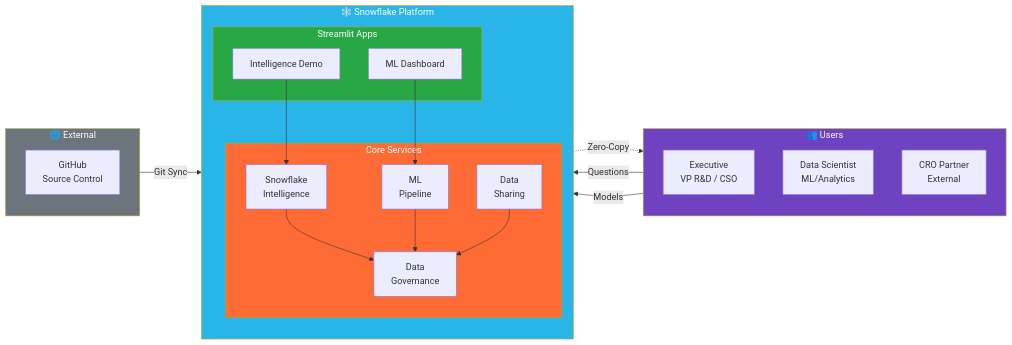
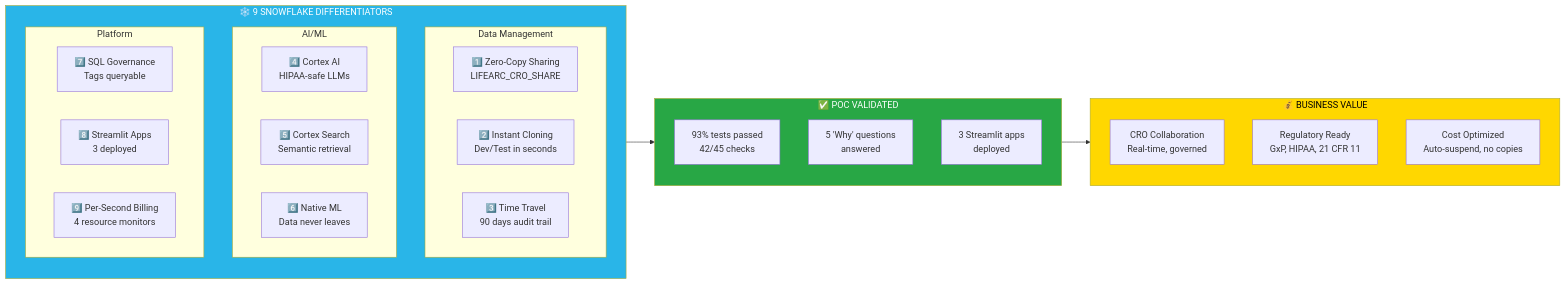
The tenth of 10 diagrams in ARCHITECTURE_DIAGRAMS.md (sfc-gh-zzahid/lifearc-poc), drawn with Mermaid before and after one commit. The commit also changed other lines of this file, not shown here.

First line of the commit message:
Improve architecture diagrams for accuracy and storytelling

````diff
--- a/ARCHITECTURE_DIAGRAMS.md
+++ b/ARCHITECTURE_DIAGRAMS.md
@@ -576,48 +535,42 @@
 ```mermaid
 flowchart LR
-    subgraph External["🌐 External"]
+    subgraph Differentiators["❄️ 9 SNOWFLAKE DIFFERENTIATORS"]
         direction TB
-        GITHUB["GitHub\nSource Control"]
-    end
-
-    subgraph Users["👥 Users"]
-        direction TB
-        EXEC["Executive\nVP R&D / CSO"]
-        DS["Data Scientist\nML/Analytics"]
-        CRO["CRO Partner\nExternal"]
-    end
-
-    subgraph Platform["❄️ Snowflake Platform"]
-        direction TB
-        subgraph Apps["Streamlit Apps"]
-            APP1["Intelligence Demo"]
-            APP2["ML Dashboard"]
+        subgraph DataMgmt["Data Management"]
+            D1["1️⃣ Zero-Copy Sharing\nLIFEARC_CRO_SHARE"]
+            D2["2️⃣ Instant Cloning\nDev/Test in seconds"]
+            D3["3️⃣ Time Travel\n90 days audit trail"]
         end
-        subgraph Core["Core Services"]
-            INTEL["Snowflake\nIntelligence"]
-            MLPIPE["ML\nPipeline"]
-            GOV["Data\nGovernance"]
-            SHARE["Data\nSharing"]
+        subgraph AI["AI/ML"]
+            D4["4️⃣ Cortex AI\nHIPAA-safe LLMs"]
+            D5["5️⃣ Cortex Search\nSemantic retrieval"]
+            D6["6️⃣ Native ML\nData never leaves"]
+        end
+        subgraph Platform["Platform"]
+            D7["7️⃣ SQL Governance\nTags queryable"]
+            D8["8️⃣ Streamlit Apps\n3 deployed"]
+            D9["9️⃣ Per-Second Billing\n4 resource monitors"]
         end
     end
 
-    GITHUB -->|Git Sync| Platform
-    
-    EXEC -->|Questions| APP1
-    APP1 --> INTEL
-    
-    DS -->|Models| APP2
-    APP2 --> MLPIPE
-    
-    INTEL --> GOV
-    MLPIPE --> GOV
-    SHARE --> GOV
-    
-    SHARE -.->|Zero-Copy| CRO
+    subgraph Validated["✅ POC VALIDATED"]
+        direction TB
+        V1["93% tests passed\n42/45 checks"]
+        V2["5 'Why' questions\nanswered"]
+        V3["3 Streamlit apps\ndeployed"]
+    end
 
-    style External fill:#6C757D,color:#fff
-    style Users fill:#6F42C1,color:#fff
-    style Platform fill:#29B5E8,color:#fff
-    style Apps fill:#28A745,color:#fff
-    style Core fill:#FF6B35,color:#fff
+    subgraph Value["💰 BUSINESS VALUE"]
+        direction TB
+        B1["CRO Collaboration\nReal-time, governed"]
+        B2["Regulatory Ready\nGxP, HIPAA, 21 CFR 11"]
+        B3["Cost Optimized\nAuto-suspend, no copies"]
+    end
+
+    Differentiators --> Validated
+    Validated --> Value
+
+    style Differentiators fill:#29B5E8,color:#fff
+    style Validated fill:#28A745,color:#fff
+    style Value fill:#FFD700,color:#000
 ```
````
